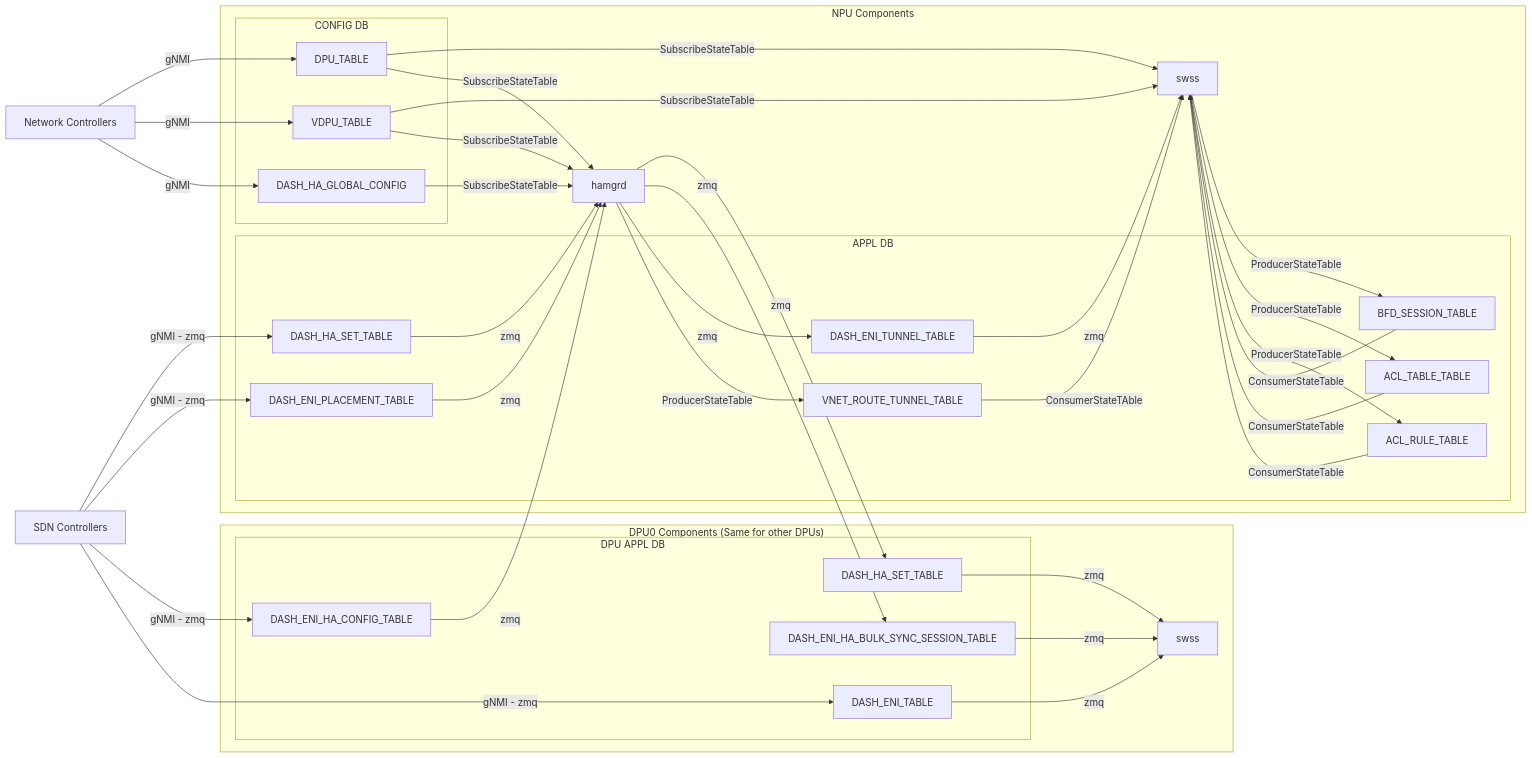
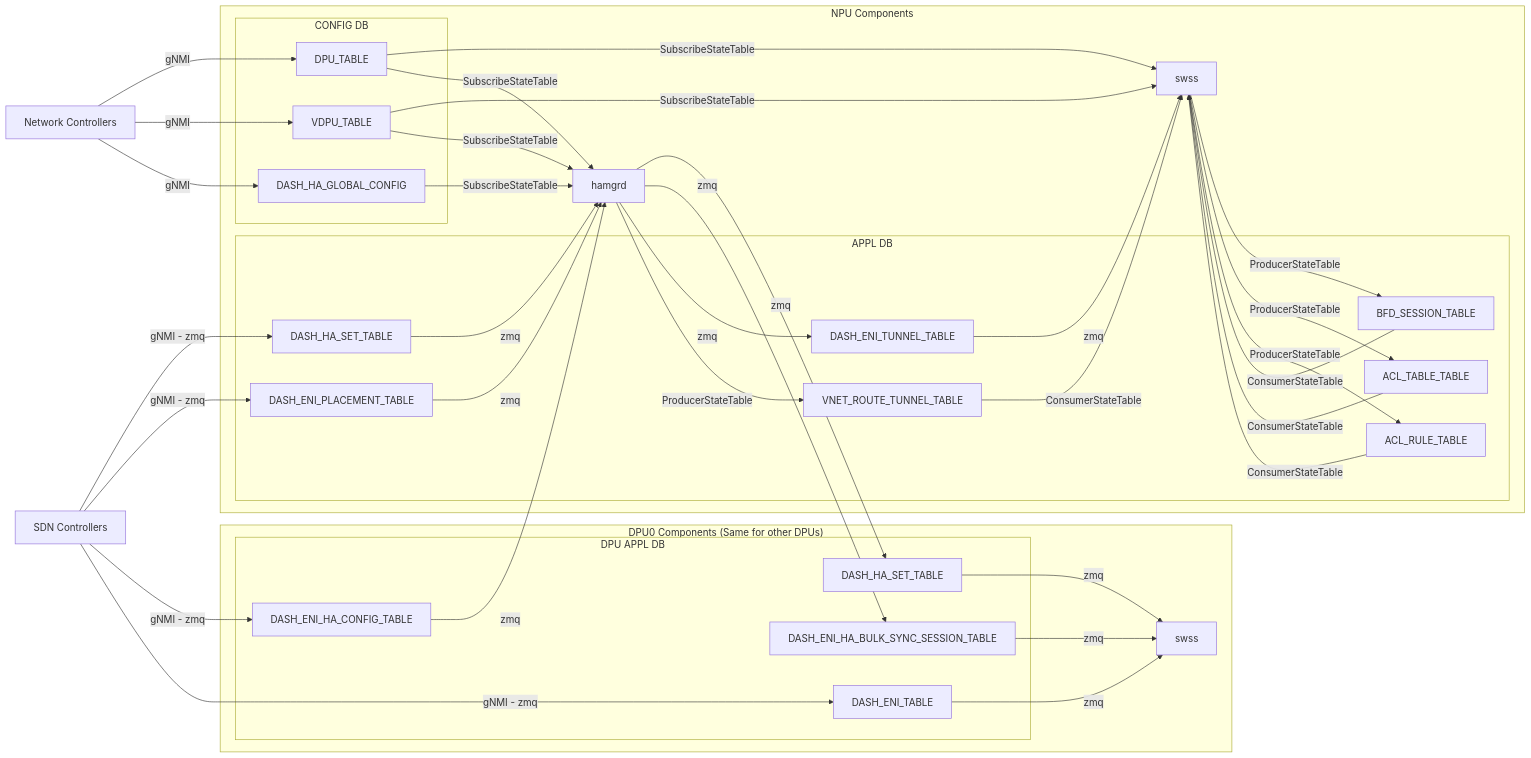
Before and after one commit to sonic-net/SONiC: the first of 2 diagrams in doc/smart-switch/high-availability/smart-switch-ha-detailed-design.md, drawn with Mermaid. The commit also changed other lines of this file, not shown here.

```diff
--- a/doc/smart-switch/high-availability/smart-switch-ha-detailed-design.md
+++ b/doc/smart-switch/high-availability/smart-switch-ha-detailed-design.md
@@ -120,7 +120,7 @@
    NPU_DPU --> |SubscribeStateTable| NPU_SWSS
    NPU_VDPU --> |SubscribeStateTable| NPU_SWSS
    NPU_DASH_ENI_TUNNEL_TABLE --> |zmq| NPU_SWSS
-   NPU_VNET_ROUTE_TUNNEL_TABLE --> |ConsumerStateTAble| NPU_SWSS
+   NPU_VNET_ROUTE_TUNNEL_TABLE --> |ConsumerStateTable| NPU_SWSS
    NPU_BFD_SESSION --> |ConsumerStateTable| NPU_SWSS
    NPU_ACL_TABLE --> |ConsumerStateTable| NPU_SWSS
    NPU_ACL_RULE --> |ConsumerStateTable| NPU_SWSS
```
